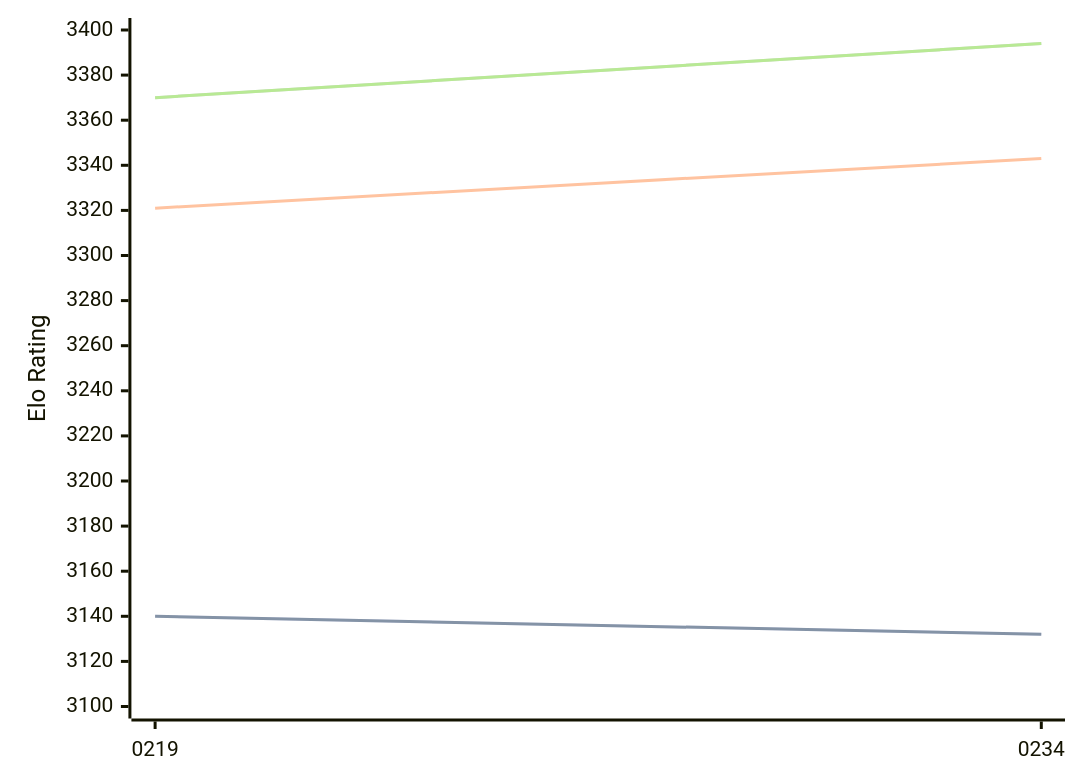
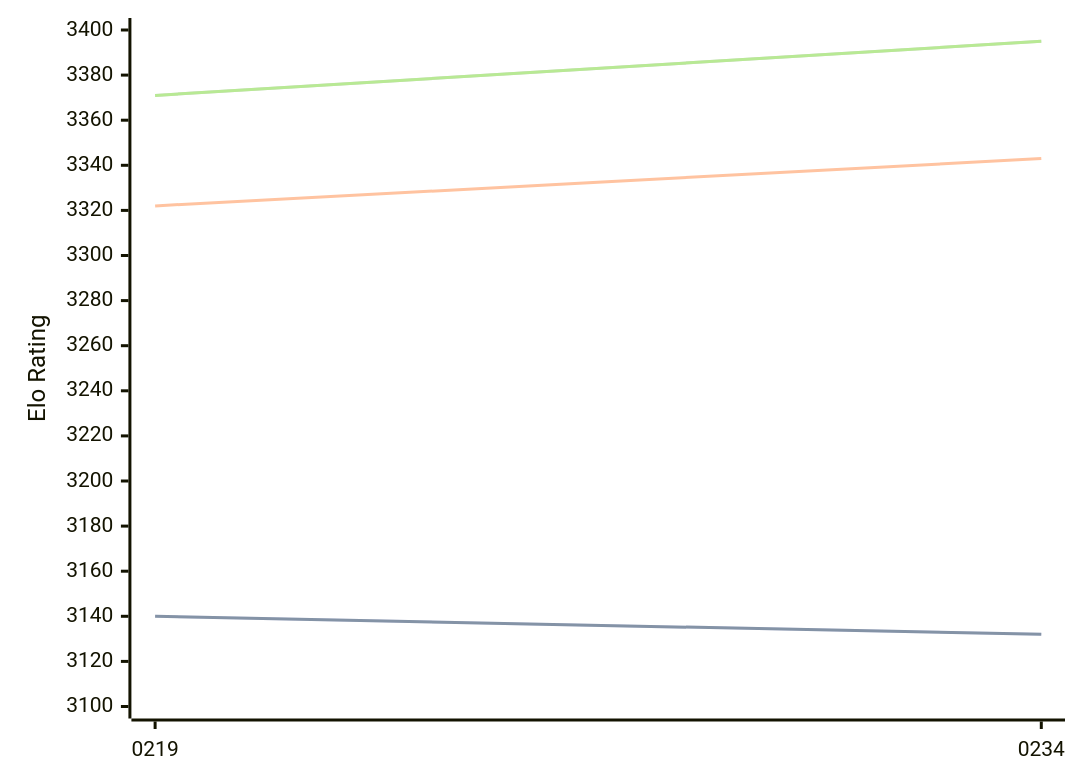
The diagram in engines/Ynode.md (computer-chess-index/cci), drawn with Mermaid before and after one commit. The commit also changed other lines of this file, not shown here.

Commit message:
Update CCI Ratings (ELO VLTC) - 2026-08-27

````diff
--- a/engines/Ynode.md
+++ b/engines/Ynode.md
@@ -32,11 +32,11 @@
 ```mermaid
 %%{init: {"theme":"base","themeVariables":{"seriesColors:['#a3a3a3','#222221','#faa371']}}}%%
 xychart-beta
   x-axis ["0219", "0234"]
   y-axis "Elo Rating" 3100 --> 3400
   line "STC (8.0+0.08s)" [3140, 3132]
   line "STC (8.0+0.08s)" [3140, 3132]
-  line "LTC (60.0+0.60s)" [3321, 3343]
-  line "VLTC (2m24s+1.12s)" [3370, 3394]
-  line "VLTC (2m24s+1.12s)" [3370, 3394]
+  line "LTC (60.0+0.60s)" [3322, 3343]
+  line "VLTC (2m24s+1.12s)" [3371, 3395]
+  line "VLTC (2m24s+1.12s)" [3371, 3395]
 ```
````
